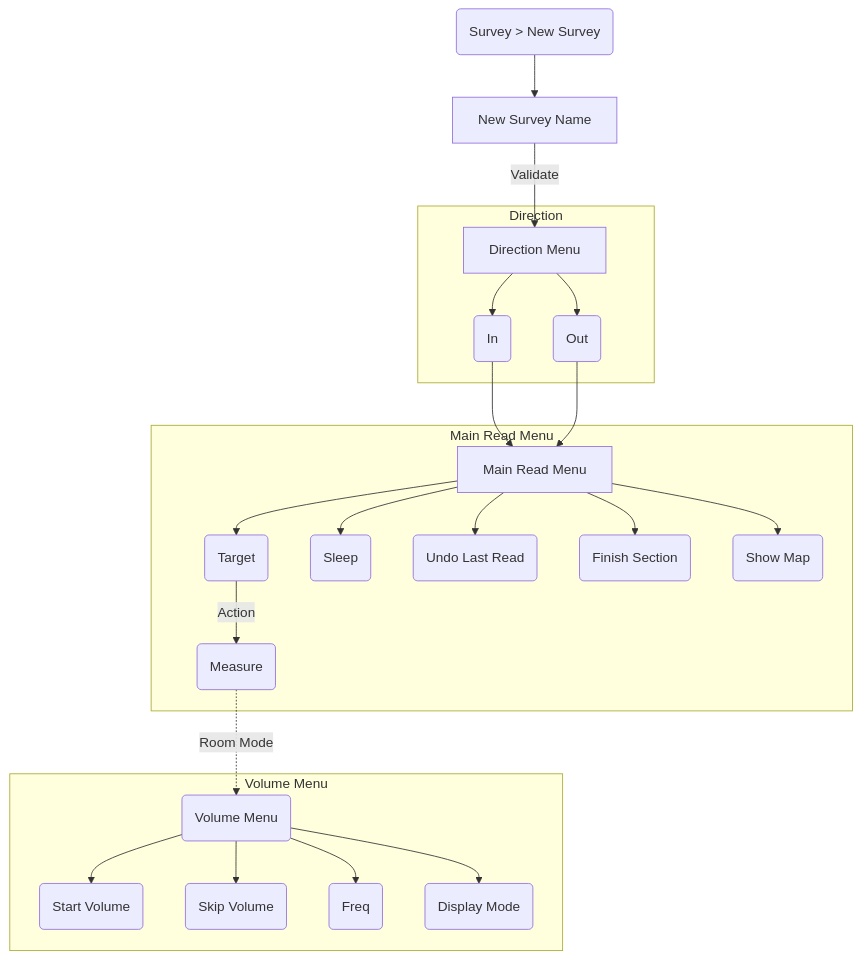
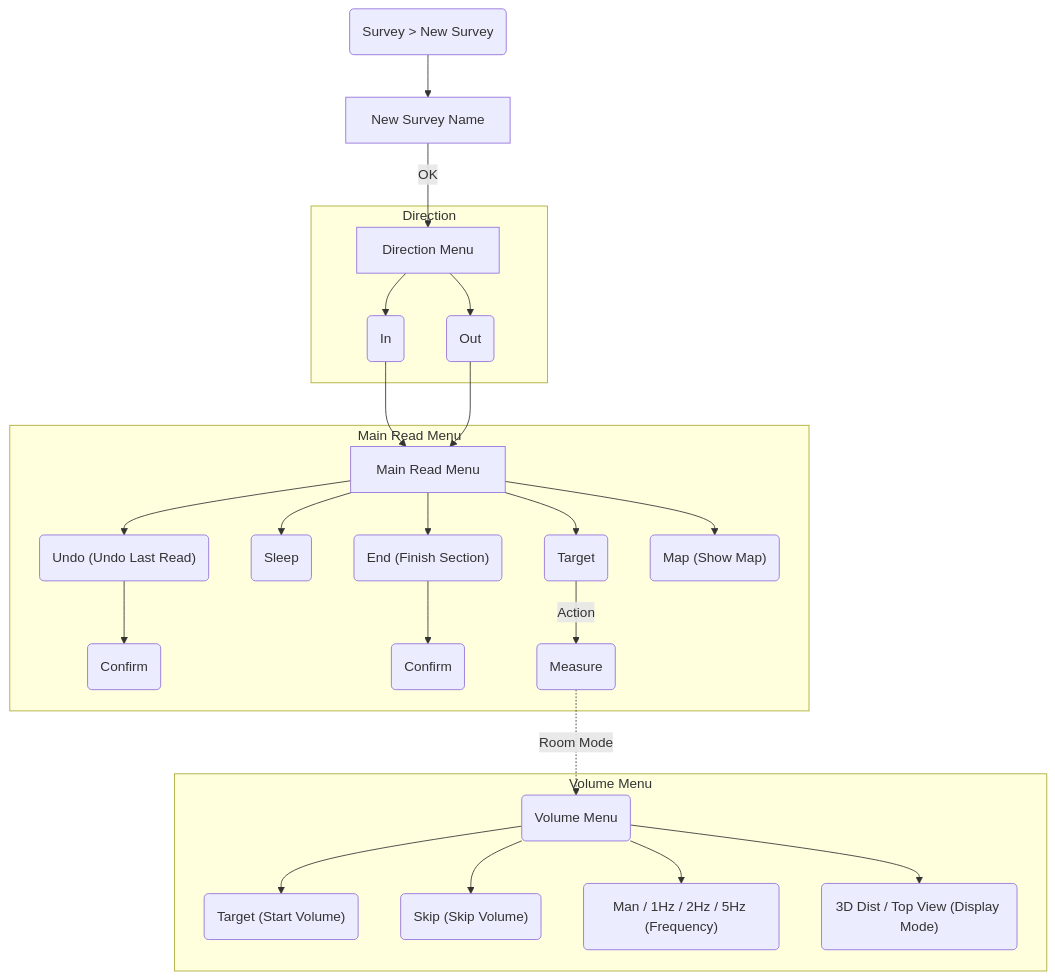
One commit to SebKister/JedEye-Documentation changed the diagram in website/docs/Survey-Flow.md. Above: the diagram before and after it, drawn with Mermaid. The commit also changed other lines of this file and 11 other files, not shown here.

````diff
--- a/website/docs/Survey-Flow.md
+++ b/website/docs/Survey-Flow.md
@@ -5,31 +6,34 @@
 ```mermaid
 graph TD
     Start("Survey > New Survey") --> NewSurvey[New Survey Name]
-    NewSurvey -->|Validate| DirMenu[Direction Menu]
+    NewSurvey -->|OK| DirMenu[Direction Menu]
     
     subgraph Direction
         DirMenu --> InSurvey(In)
         DirMenu --> OutSurvey(Out)
     end
     
     InSurvey --> MainRead[Main Read Menu]
     OutSurvey --> MainRead
     
     subgraph ReadMenu [Main Read Menu]
         MainRead --> Target(Target)
         MainRead --> Sleep(Sleep)
-        MainRead --> Undo(Undo Last Read)
-        MainRead --> EndSection(Finish Section)
-        MainRead --> ShowMap(Show Map)
+        MainRead --> Undo("Undo (Undo Last Read)")
+        MainRead --> EndSection("End (Finish Section)")
+        MainRead --> ShowMap("Map (Show Map)")
+        
+        Undo --> ConfirmUndo(Confirm)
+        EndSection --> ConfirmEnd(Confirm)
         
         Target -->|Action| Measure(Measure)
     end
     
     subgraph VolumeMenu [Volume Menu]
         Measure -.->|Room Mode| Volume(Volume Menu)
-        Volume --> StartVol(Start Volume)
-        Volume --> SkipVol(Skip Volume)
-        Volume --> Freq(Freq)
-        Volume --> DispMode(Display Mode)
+        Volume --> StartVol("Target (Start Volume)")
+        Volume --> SkipVol("Skip (Skip Volume)")
+        Volume --> Freq("Man / 1Hz / 2Hz / 5Hz (Frequency)")
+        Volume --> DispMode("3D Dist / Top View (Display Mode)")
     end
 ```
````
